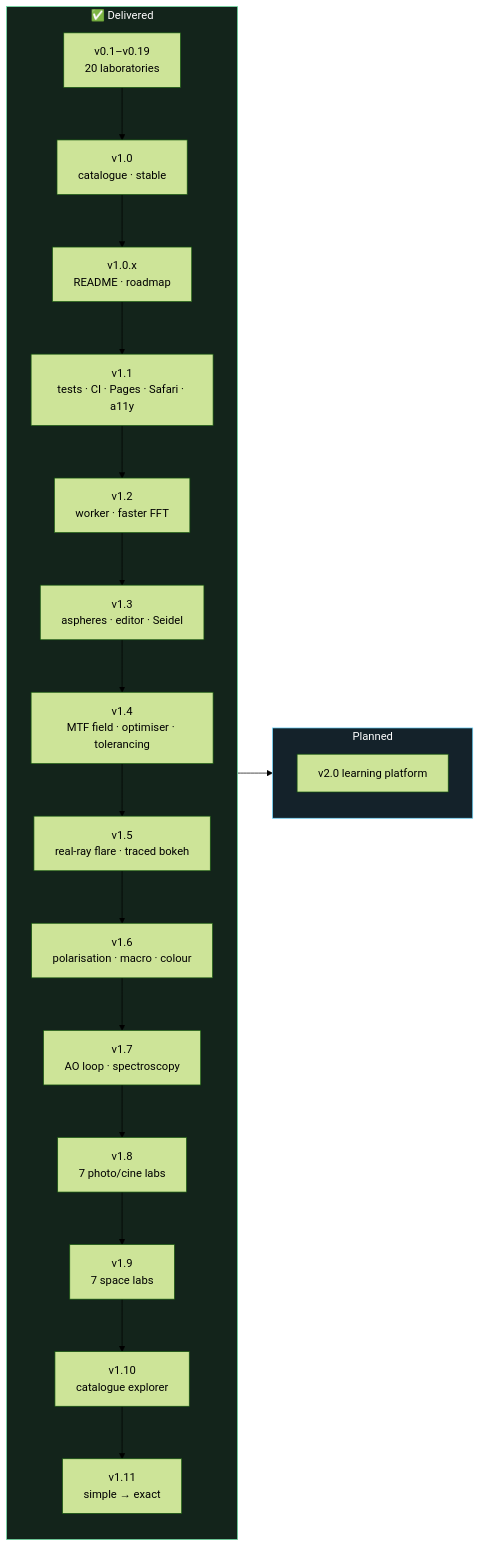
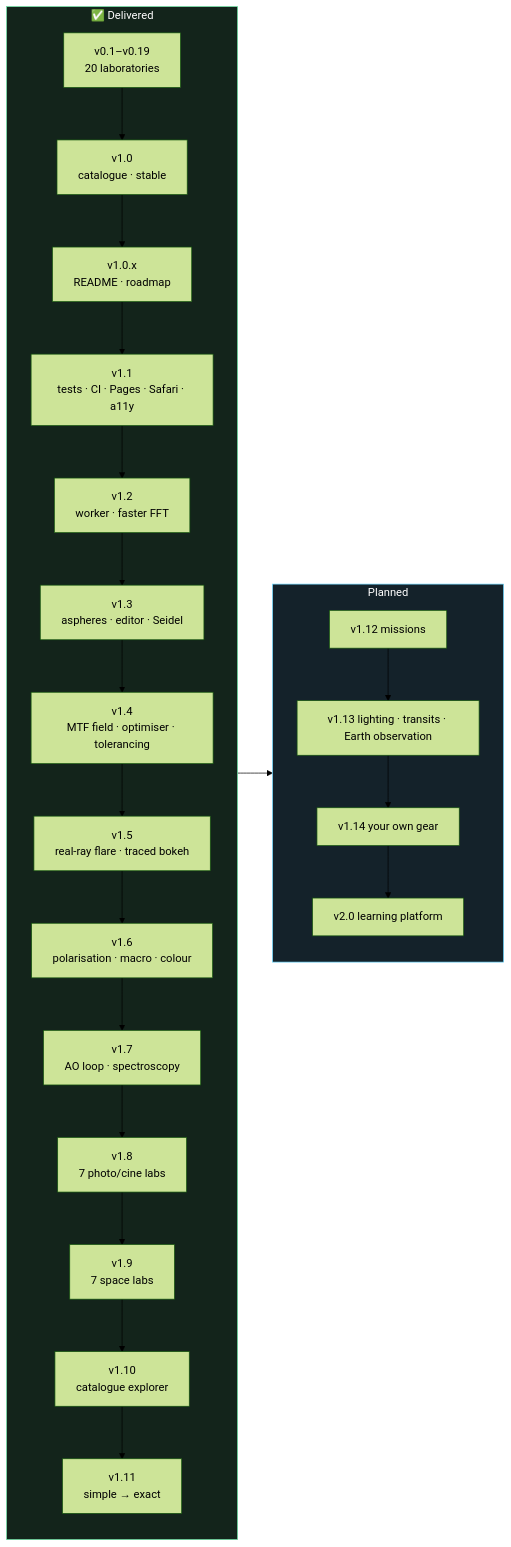
One commit to iiogurt/Optica_Viva changed the diagram in ROADMAP.md. Above: the diagram before and after it, drawn with Mermaid (forest theme). The commit also changed other lines of this file and 3 other files, not shown here.

Commit message:
docs(roadmap): plan missions, new labs and your-own-gear milestones (#78)

````diff
--- a/ROADMAP.md
+++ b/ROADMAP.md
@@ -53,14 +57,14 @@
 ```mermaid
 flowchart LR
     subgraph Done["✅ Delivered"]
         direction TB
         D0["v0.1–v0.19<br/>20 laboratories"] --> D1["v1.0<br/>catalogue · stable"] --> D2["v1.0.x<br/>README · roadmap"] --> D3["v1.1<br/>tests · CI · Pages · Safari · a11y"] --> D4["v1.2<br/>worker · faster FFT"] --> D5["v1.3<br/>aspheres · editor · Seidel"] --> D6["v1.4<br/>MTF field · optimiser · tolerancing"] --> D7["v1.5<br/>real-ray flare · traced bokeh"] --> D8["v1.6<br/>polarisation · macro · colour"] --> D9["v1.7<br/>AO loop · spectroscopy"] --> D10["v1.8<br/>7 photo/cine labs"] --> D11["v1.9<br/>7 space labs"] --> D12["v1.10<br/>catalogue explorer"] --> D13["v1.11<br/>simple → exact"]
     end
     subgraph Next["Planned"]
         direction TB
-        N7["v2.0 learning platform"]
+        N8["v1.12 missions"] --> N9["v1.13 lighting · transits · Earth observation"] --> N10["v1.14 your own gear"] --> N7["v2.0 learning platform"]
     end
     Done --> Next
     style Done fill:#13241b,stroke:#6be3a4,color:#fff
     style Next fill:#14222a,stroke:#6ad7ff,color:#fff
 ```
````
